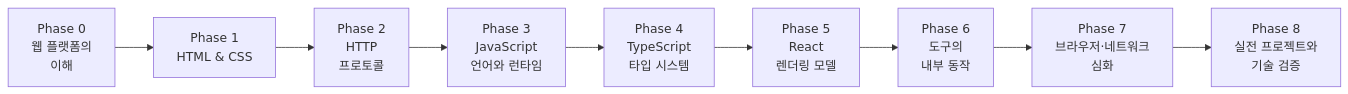
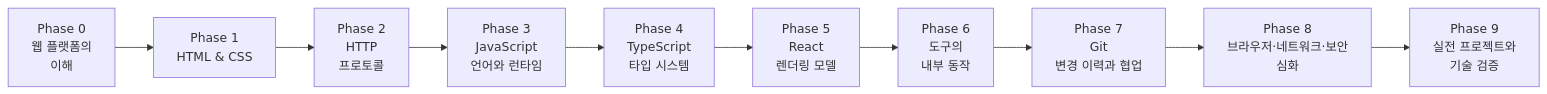
Before and after one commit to lee-gyu/web-fe-roadmap-study: the diagram in ROADMAP.md, drawn with Mermaid. The commit also changed other lines of this file, not shown here.

Commit message:
update curriculum details (git)

````diff
--- a/ROADMAP.md
+++ b/ROADMAP.md
@@ -30,11 +30,12 @@
 ```mermaid
 flowchart LR
     P0["Phase 0<br/>웹 플랫폼의<br/>이해"] --> P1["Phase 1<br/>HTML & CSS"]
     P1 --> P2["Phase 2<br/>HTTP<br/>프로토콜"]
     P2 --> P3["Phase 3<br/>JavaScript<br/>언어와 런타임"]
     P3 --> P4["Phase 4<br/>TypeScript<br/>타입 시스템"]
     P4 --> P5["Phase 5<br/>React<br/>렌더링 모델"]
     P5 --> P6["Phase 6<br/>도구의<br/>내부 동작"]
-    P6 --> P7["Phase 7<br/>브라우저·네트워크<br/>심화"]
-    P7 --> P8["Phase 8<br/>실전 프로젝트와<br/>기술 검증"]
+    P6 --> P7["Phase 7<br/>Git<br/>변경 이력과 협업"]
+    P7 --> P8["Phase 8<br/>브라우저·네트워크·보안<br/>심화"]
+    P8 --> P9["Phase 9<br/>실전 프로젝트와<br/>기술 검증"]
 ```
````
